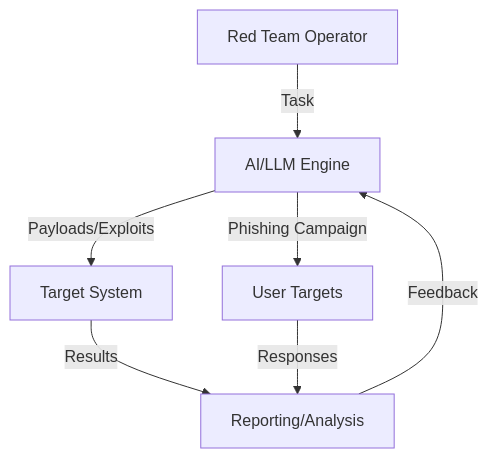
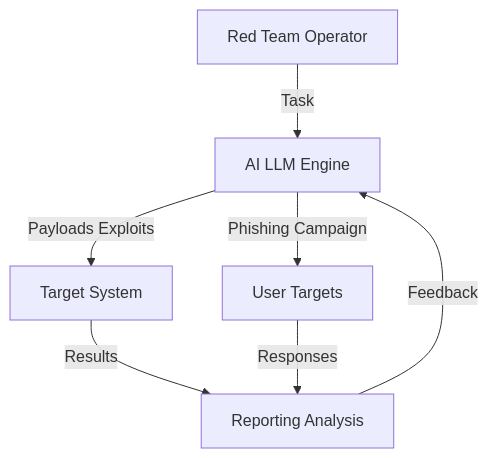
Before and after one commit to TheHaywire/special-waffle: the first of 2 diagrams in docs/architecture/offensive_security.md, drawn with Mermaid. The commit also changed other lines of this file and 9 other files, not shown here.

Commit message:
fix(docs): systematically fix all Mermaid diagrams for compatibility and clarity across architecture and industry guides

````diff
--- a/docs/architecture/offensive_security.md
+++ b/docs/architecture/offensive_security.md
@@ -11,9 +11,9 @@
 ```mermaid
 flowchart TD
-    A[Red Team Operator] -->|Task| B[AI/LLM Engine]
-    B -->|Payloads/Exploits| C[Target System]
-    C -->|Results| D[Reporting/Analysis]
+    A[Red Team Operator] -->|Task| B[AI LLM Engine]
+    B -->|Payloads Exploits| C[Target System]
+    C -->|Results| D[Reporting Analysis]
     D -->|Feedback| B
     B -->|Phishing Campaign| E[User Targets]
     E -->|Responses| D
 ```
````
